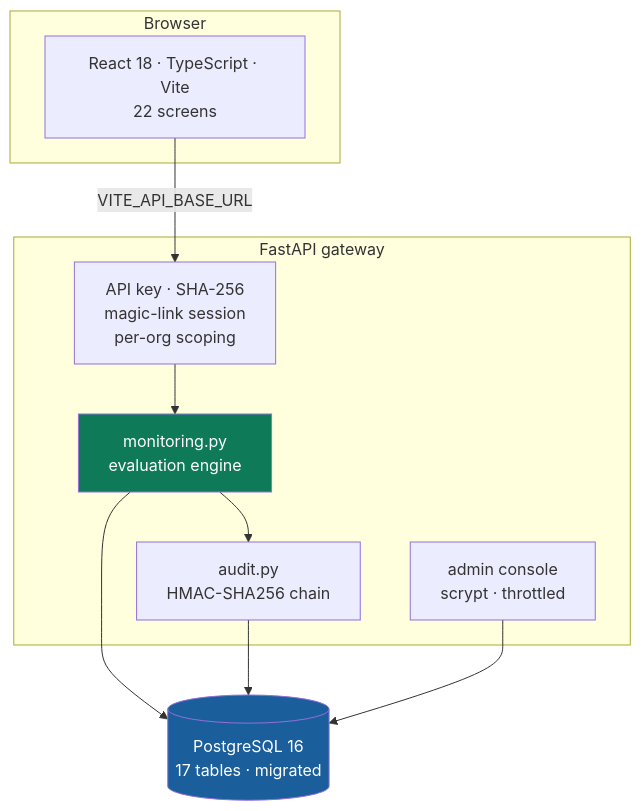
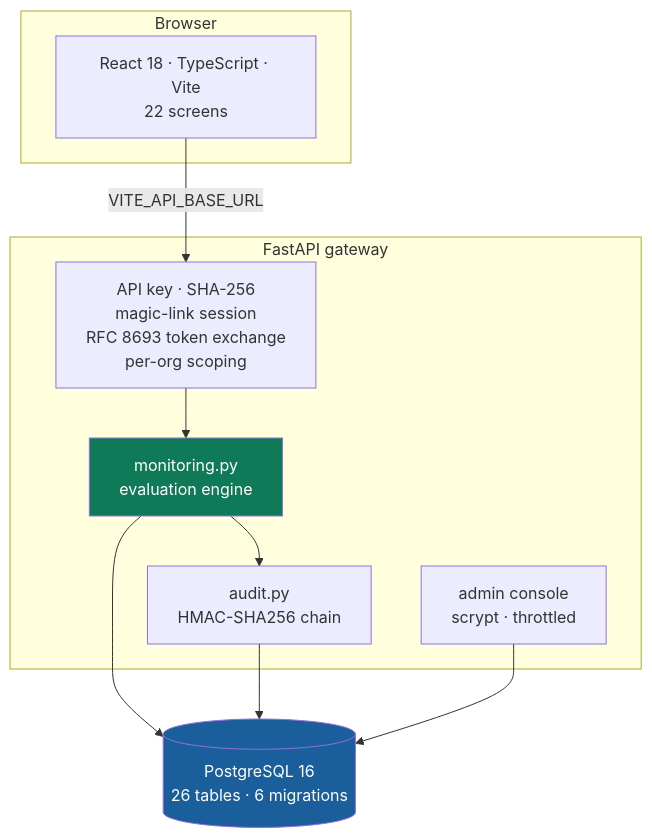
The second of 2 diagrams in README.md (NHID-Clinical/NHID-Clinical-SaaS), drawn with Mermaid before and after one commit. The commit also changed other lines of this file, not shown here.

First line of the commit message:
README: measured suite count, the third credential, and the schema as it is (#28)

````diff
--- a/README.md
+++ b/README.md
@@ -80,19 +80,19 @@
 ```mermaid
 flowchart TB
   subgraph browser [Browser]
     UI[React 18 · TypeScript · Vite<br/>22 screens]
   end
   subgraph api [FastAPI gateway]
-    AUTH[API key · SHA-256<br/>magic-link session<br/>per-org scoping]
+    AUTH[API key · SHA-256<br/>magic-link session<br/>RFC 8693 token exchange<br/>per-org scoping]
     MON[monitoring.py<br/>evaluation engine]
     AUD[audit.py<br/>HMAC-SHA256 chain]
     ADM[admin console<br/>scrypt · throttled]
   end
-  DB[(PostgreSQL 16<br/>17 tables · migrated)]
+  DB[(PostgreSQL 16<br/>26 tables · 6 migrations)]
   UI -->|VITE_API_BASE_URL| AUTH
   AUTH --> MON --> DB
   MON --> AUD --> DB
   ADM --> DB
   style MON fill:#0e7a57,color:#fff
   style DB fill:#1b5e9c,color:#fff
 ```
````
